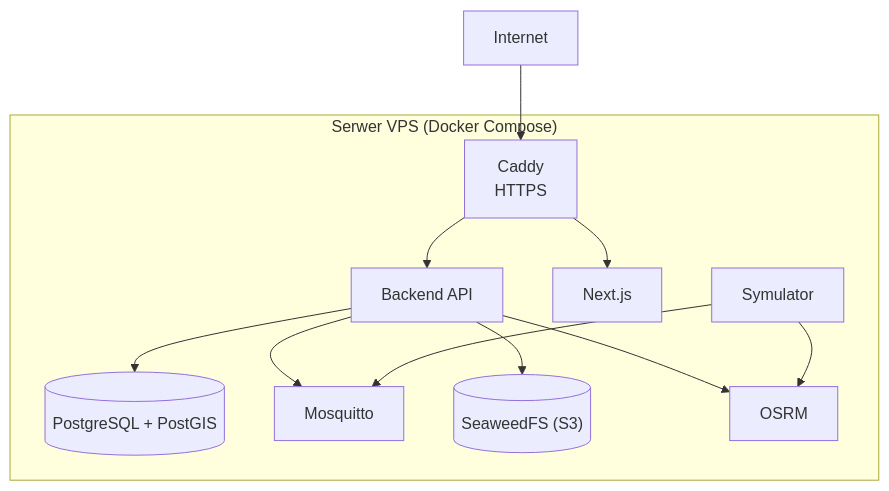
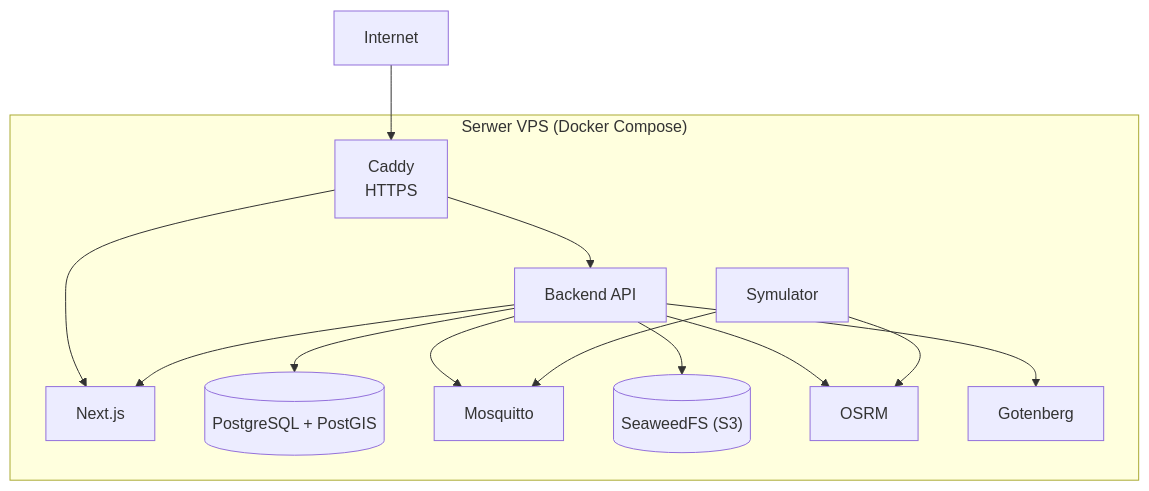
Before and after one commit to FifiLen/engineering-project: the diagram in docs/arc42/07-widok-wdrozenia.md, drawn with Mermaid. The commit also changed other lines of this file and 8 other files, not shown here.

````diff
--- a/docs/arc42/07-widok-wdrozenia.md
+++ b/docs/arc42/07-widok-wdrozenia.md
@@ -11,22 +17,25 @@
 ```mermaid
 flowchart TB
     subgraph VPS["Serwer VPS (Docker Compose)"]
         C["Caddy<br/>HTTPS"]
         API["Backend API"]
         WEB["Next.js"]
         SIM["Symulator"]
         DB[("PostgreSQL + PostGIS")]
         MQ["Mosquitto"]
         FS[("SeaweedFS (S3)")]
         OSRM["OSRM"]
+        GOT["Gotenberg"]
     end
     Internet --> C
     C --> API
     C --> WEB
     API --> DB
     API --> MQ
     SIM --> MQ
     API --> FS
     API --> OSRM
     SIM --> OSRM
+    API --> GOT
+    API --> WEB
 ```
````
